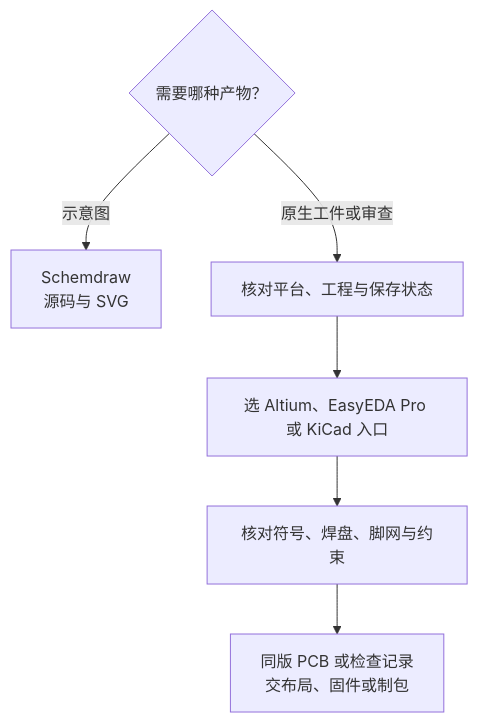
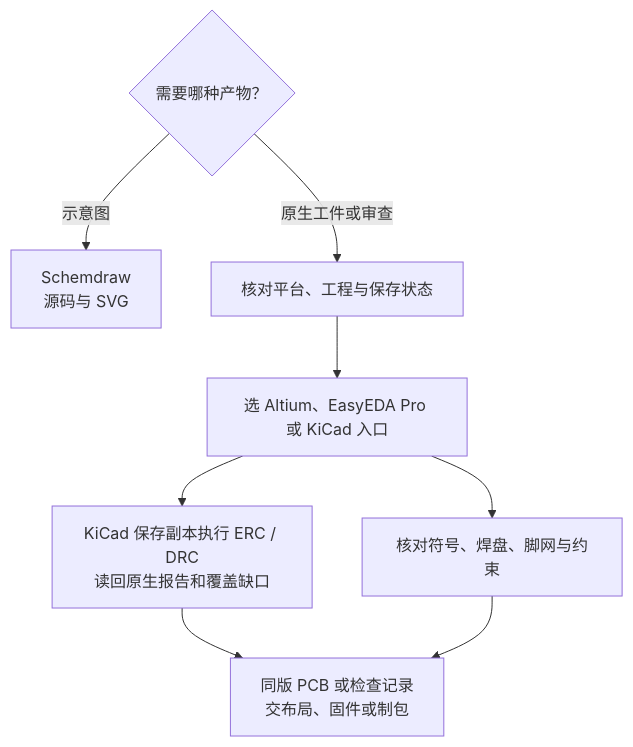
One commit to zhr1008/hardware-design-skills changed the fifth of 9 diagrams in docs/architecture-guide.md. Above: the diagram before and after it, drawn with Mermaid. The commit also changed other lines of this file and 109 other files, not shown here.

````diff
--- a/docs/architecture-guide.md
+++ b/docs/architecture-guide.md
@@ -73,8 +78,10 @@
 ```mermaid
 flowchart TD
   A{"需要哪种产物？"} -->|"示意图"| B["Schemdraw<br/>源码与 SVG"]
   A -->|"原生工件或审查"| C["核对平台、工程与保存状态"]
   C --> D["选 Altium、EasyEDA Pro 或 KiCad 入口"]
   D --> E["核对符号、焊盘、脚网与约束"]
+  D --> K["KiCad 保存副本执行 ERC / DRC<br/>读回原生报告和覆盖缺口"]
+  K --> F
   E --> F["同版 PCB 或检查记录<br/>交布局、固件或制包"]
 ```
````
